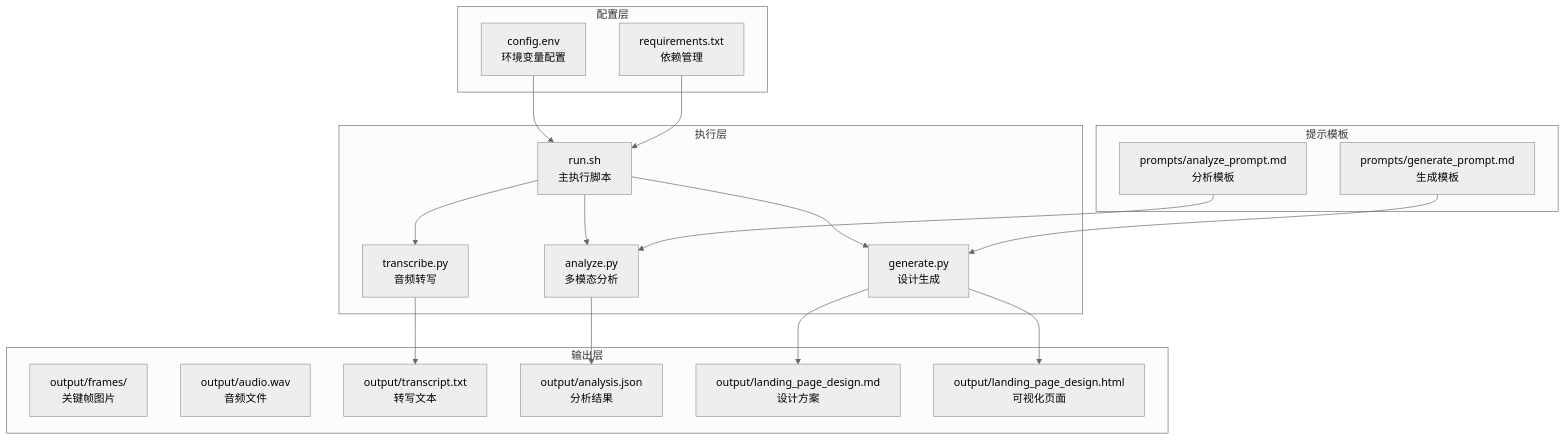
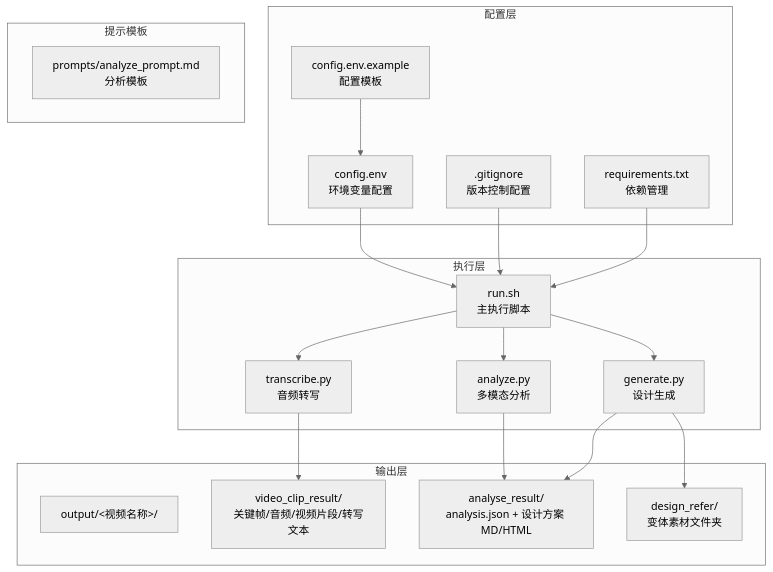
Before and after one commit to WongMingJiu/landingpage-test-hero-page: the first of 9 diagrams in .qoder/repowiki/zh/content/配置和定制/配置和定制.md, drawn with Mermaid (neutral theme). The commit also changed other lines of this file and 5 other files, not shown here.

Commit message:
feat: 更新 skill 支持双模式（视频分析+生图），更新 README

````diff
--- a/.qoder/repowiki/zh/content/配置和定制/配置和定制.md
+++ b/.qoder/repowiki/zh/content/配置和定制/配置和定制.md
@@ -38,36 +50,35 @@
 ```mermaid
 graph TB
 subgraph "配置层"
-Config[config.env<br/>环境变量配置]
+ConfigEnv[config.env<br/>环境变量配置]
+ConfigExample[config.env.example<br/>配置模板]
+GitIgnore[.gitignore<br/>版本控制配置]
 Requirements[requirements.txt<br/>依赖管理]
 end
 subgraph "执行层"
 RunScript[run.sh<br/>主执行脚本]
 Transcribe[transcribe.py<br/>音频转写]
 Analyze[analyze.py<br/>多模态分析]
 Generate[generate.py<br/>设计生成]
 end
 subgraph "提示模板"
 AnalyzePrompt[prompts/analyze_prompt.md<br/>分析模板]
-GeneratePrompt[prompts/generate_prompt.md<br/>生成模板]
 end
 subgraph "输出层"
-Frames[output/frames/<br/>关键帧图片]
-Audio[output/audio.wav<br/>音频文件]
-Transcript[output/transcript.txt<br/>转写文本]
-Analysis[output/analysis.json<br/>分析结果]
-DesignMD[output/landing_page_design.md<br/>设计方案]
-DesignHTML[output/landing_page_design.html<br/>可视化页面]
+OutputDir[output/<视频名称>/]
+VideoClip[video_clip_result/<br/>关键帧/音频/视频片段/转写文本]
+AnalyseResult[analyse_result/<br/>analysis.json + 设计方案 MD/HTML]
+DesignRefer[design_refer/<br/>变体素材文件夹]
 end
-Config --> RunScript
+ConfigEnv --> RunScript
+ConfigExample --> ConfigEnv
+GitIgnore --> RunScript
 Requirements --> RunScript
 RunScript --> Transcribe
 RunScript --> Analyze
 RunScript --> Generate
-AnalyzePrompt --> Analyze
-GeneratePrompt --> Generate
-Transcribe --> Transcript
-Analyze --> Analysis
-Generate --> DesignMD
-Generate --> DesignHTML
+Transcribe --> VideoClip
+Analyze --> AnalyseResult
+Generate --> AnalyseResult
+Generate --> DesignRefer
 ```
````
